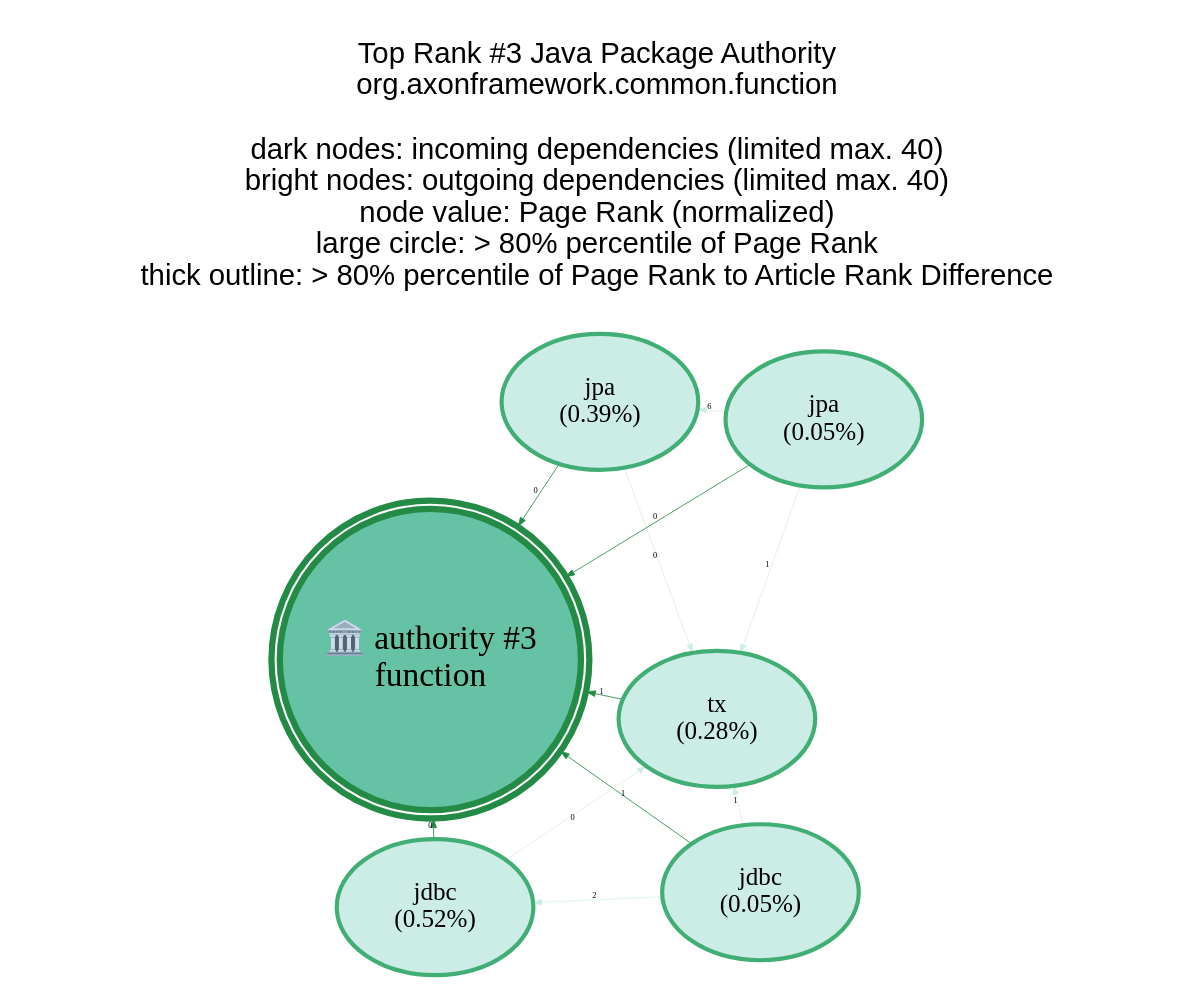
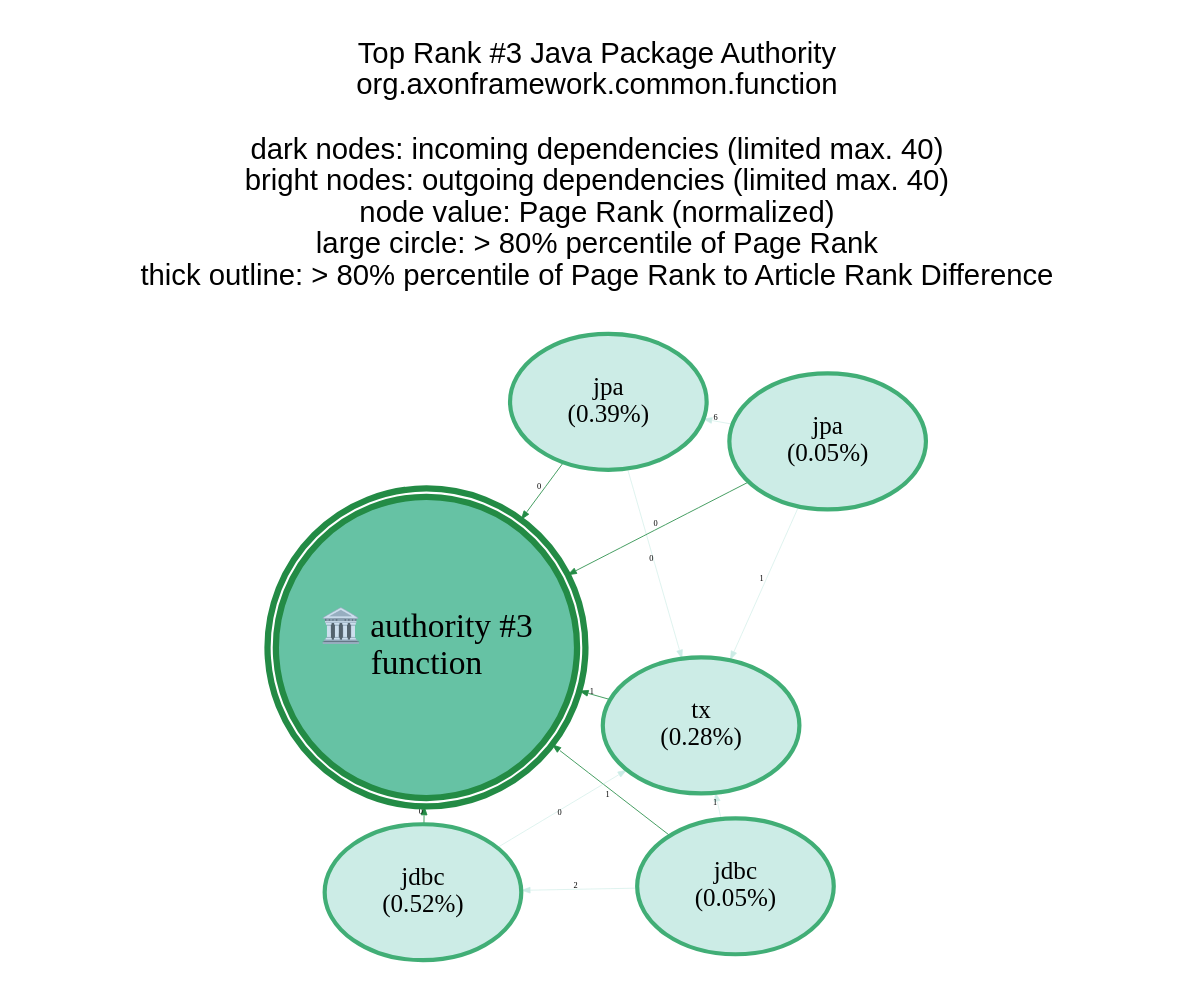
The diagram in analysis-results/AxonFramework/latest/archetypes/Java_Package/GraphVisualizations/graphviz/TopAuthority3.gv (JohT/code-graph-analysis-examples), drawn with Graphviz before and after one commit. The commit also changed 835 other files, not shown here.

```diff
--- a/analysis-results/AxonFramework/latest/archetypes/Java_Package/GraphVisualizations/graphviz/TopAuthority3.gv
+++ b/analysis-results/AxonFramework/latest/archetypes/Java_Package/GraphVisualizations/graphviz/TopAuthority3.gv
@@ -1,28 +1,28 @@
 // This GraphViz dot file was generated by the script convertQueryResultCsvToGraphVizDotFile.sh with TopCentral.template
 
 strict digraph TopAuthority3 {
     graph [layout = "fdp"; start = "7"; splines = "spline"; pad = "0.8,0.1"; outputorder = "edgesfirst";];
     graph [fontname = "Helvetica,Arial,sans-serif"; labelloc = "t";];
     node [colorscheme = "bugn9"; color = 6; fillcolor = 3;];
     edge [colorscheme = "bugn9"; color = 7;];
     node [fontsize = 12; style = "filled"; margin = "0.03,0.03"; width="1.3"; height="0.9";];
     edge [fontsize = 4; arrowsize = "0.4";];
 
     central [shape = "doublecircle"; height = "2.0"; margin = "0.000001,0.000001";];
     central [fontsize = 16;];
     central [color = 7; fillcolor = 5; penwidth = 3;];
 
 	graph   [label="Top Rank #3 Java Package Authority\norg.axonframework.common.function\n\ndark nodes: incoming dependencies (limited max. 40)\nbright nodes: outgoing dependencies (limited max. 40)\nnode value: Page Rank (normalized)\nlarge circle: > 80% percentile of Page Rank\nthick outline: > 80% percentile of Page Rank to Article Rank Difference\n\n"];
 	central [label="🏛️ authority #3\nfunction"];
 	"jdbc_6402"  [label = "jdbc\n(0.05%)"; penwidth = 2; ]; "jdbc_6402" -> central [label=1; weight=1; penwidth=0.4];
-	"tx_32310"  [label = "tx\n(0.28%)"; penwidth = 2; ]; "tx_32310" -> central [label=1; weight=1; penwidth=0.4];
-	"jdbc_32306"  [label = "jdbc\n(0.52%)"; penwidth = 2; ]; "jdbc_32306" -> central [label=0; weight=0; penwidth=0.4];
-	"jpa_32315"  [label = "jpa\n(0.39%)"; penwidth = 2; ]; "jpa_32315" -> central [label=0; weight=0; penwidth=0.4];
+	"tx_32298"  [label = "tx\n(0.28%)"; penwidth = 2; ]; "tx_32298" -> central [label=1; weight=1; penwidth=0.4];
+	"jdbc_32294"  [label = "jdbc\n(0.52%)"; penwidth = 2; ]; "jdbc_32294" -> central [label=0; weight=0; penwidth=0.4];
+	"jpa_32303"  [label = "jpa\n(0.39%)"; penwidth = 2; ]; "jpa_32303" -> central [label=0; weight=0; penwidth=0.4];
 	"jpa_6403"  [label = "jpa\n(0.05%)"; penwidth = 2; ]; "jpa_6403" -> central [label=0; weight=0; penwidth=0.4];
-	"jpa_6403" -> "jpa_32315" [label=6; weight=6; penwidth=0.3; color = 3]
-	"jdbc_6402" -> "jdbc_32306" [label=2; weight=2; penwidth=0.3; color = 3]
-	"jdbc_6402" -> "tx_32310" [label=1; weight=1; penwidth=0.3; color = 3]
-	"jpa_6403" -> "tx_32310" [label=1; weight=1; penwidth=0.3; color = 3]
-	"jdbc_32306" -> "tx_32310" [label=0; weight=0; penwidth=0.3; color = 3]
-	"jpa_32315" -> "tx_32310" [label=0; weight=0; penwidth=0.3; color = 3]
+	"jpa_6403" -> "jpa_32303" [label=6; weight=6; penwidth=0.3; color = 3]
+	"jdbc_6402" -> "jdbc_32294" [label=2; weight=2; penwidth=0.3; color = 3]
+	"jdbc_6402" -> "tx_32298" [label=1; weight=1; penwidth=0.3; color = 3]
+	"jpa_6403" -> "tx_32298" [label=1; weight=1; penwidth=0.3; color = 3]
+	"jdbc_32294" -> "tx_32298" [label=0; weight=0; penwidth=0.3; color = 3]
+	"jpa_32303" -> "tx_32298" [label=0; weight=0; penwidth=0.3; color = 3]
 }
```
